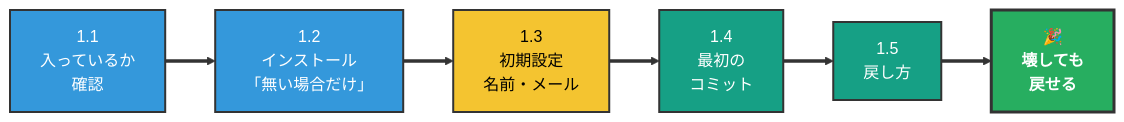
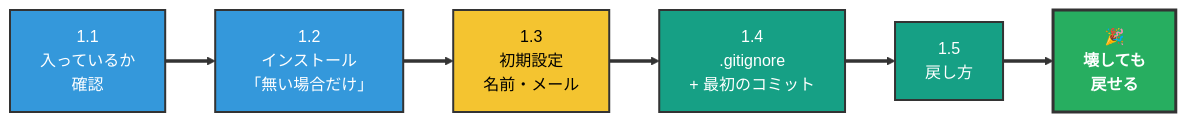
One commit to kasuyaofcb/tech_docs changed the first of 7 diagrams in 02_git/setup.md. Above: the diagram before and after it, drawn with Mermaid. The commit also changed other lines of this file, not shown here.

First line of the commit message:
docs(git): setup.md を初学者目線で改善（cd の削除・.gitignore 追加・事故防止）

````diff
--- a/02_git/setup.md
+++ b/02_git/setup.md
@@ -18,15 +18,15 @@
 ```mermaid
 flowchart LR
     S1["1.1<br/>入っているか<br/>確認"] ==> S2["1.2<br/>インストール<br/>「無い場合だけ」"]
     S2 ==> S3["1.3<br/>初期設定<br/>名前・メール"]
-    S3 ==> S4["1.4<br/>最初の<br/>コミット"]
+    S3 ==> S4["1.4<br/>.gitignore<br/>+ 最初のコミット"]
     S4 ==> S5["1.5<br/>戻し方"]
     S5 ==> G1["🎉<br/><b>壊しても<br/>戻せる</b>"]
 
     style S1 fill:#3498DB,color:#FFFFFF,stroke:#333,stroke-width:2px
     style S2 fill:#3498DB,color:#FFFFFF,stroke:#333,stroke-width:2px
     style S3 fill:#F4C430,color:#000,stroke:#333,stroke-width:2px
     style S4 fill:#16A085,color:#FFFFFF,stroke:#333,stroke-width:2px
     style S5 fill:#16A085,color:#FFFFFF,stroke:#333,stroke-width:2px
     style G1 fill:#27AE60,color:#FFFFFF,stroke:#333,stroke-width:3px
 ```
````
